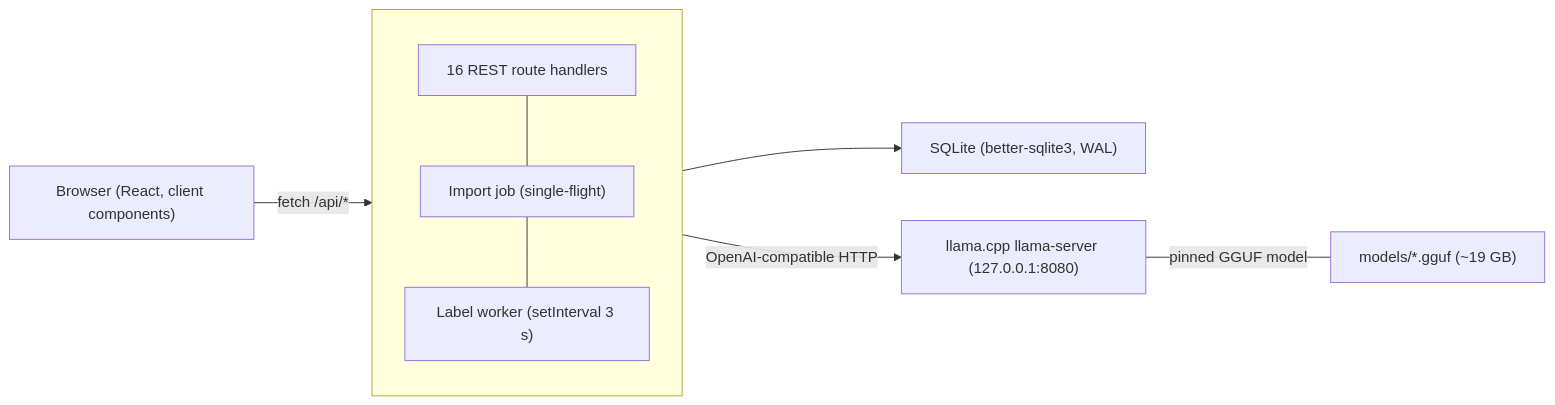
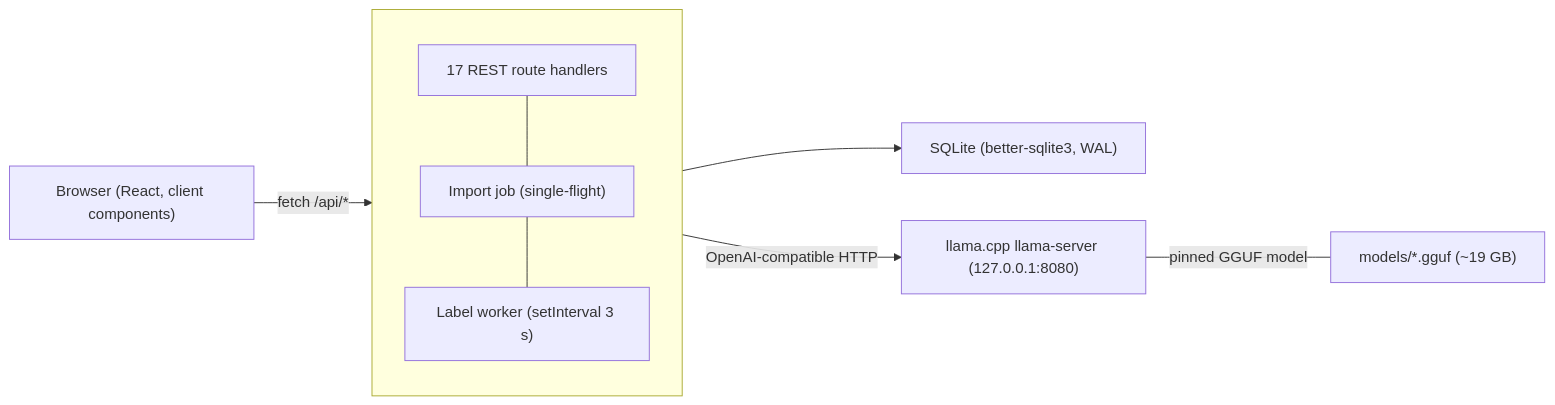
Before and after one commit to j-stechmann/dkb-csv-export-analysis: the first of 3 diagrams in docs/architecture.md, drawn with Mermaid. The commit also changed other lines of this file and 71 other files, not shown here.

````diff
--- a/docs/architecture.md
+++ b/docs/architecture.md
@@ -14,12 +16,12 @@
 ```mermaid
 flowchart LR
   B["Browser (React, client components)"] -->|fetch /api/*| N["Next.js server (single Node process)"]
   N --> D["SQLite (better-sqlite3, WAL)"]
   N -->|OpenAI-compatible HTTP| L["llama.cpp llama-server (127.0.0.1:8080)"]
   subgraph N[" "]
     direction TB
-    A1["16 REST route handlers"] --- A2["Import job (single-flight)"]
+    A1["17 REST route handlers"] --- A2["Import job (single-flight)"]
     A2 --- A3["Label worker (setInterval 3 s)"]
   end
   L ---|"pinned GGUF model"| M["models/*.gguf (~19 GB)"]
 ```
````
